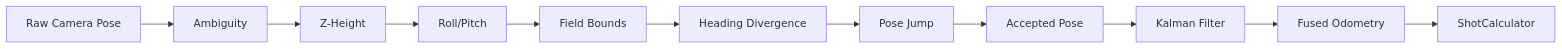
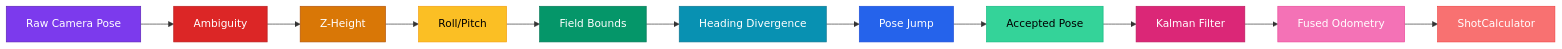
One commit to eeveemara/frc5962-2026-docs changed the diagram in docs/architecture/vision-system.md. Above: the diagram before and after it, drawn with Mermaid. The commit also changed 14 other files, not shown here.

Commit message:
Add explicit colors to all 20 mermaid diagrams for GitBook dark mode

````diff
--- a/docs/architecture/vision-system.md
+++ b/docs/architecture/vision-system.md
@@ -32,13 +32,25 @@
 ```mermaid
 flowchart LR
     RAW[Raw Camera Pose] --> G1[Ambiguity]
     G1 --> G2[Z-Height]
     G2 --> G3[Roll/Pitch]
     G3 --> G4[Field Bounds]
     G4 --> G5[Heading Divergence]
     G5 --> G6[Pose Jump]
     G6 --> ACC[Accepted Pose]
     ACC --> KF[Kalman Filter]
     KF --> ODO[Fused Odometry]
     ODO --> SC[ShotCalculator]
+
+    style RAW fill:#7c3aed,stroke:#5b21b6,color:#fff
+    style G1 fill:#dc2626,stroke:#b91c1c,color:#fff
+    style G2 fill:#d97706,stroke:#b45309,color:#fff
+    style G3 fill:#fbbf24,stroke:#f59e0b,color:#000
+    style G4 fill:#059669,stroke:#047857,color:#fff
+    style G5 fill:#0891b2,stroke:#0e7490,color:#fff
+    style G6 fill:#2563eb,stroke:#1d4ed8,color:#fff
+    style ACC fill:#34d399,stroke:#10b981,color:#000
+    style KF fill:#db2777,stroke:#be185d,color:#fff
+    style ODO fill:#f472b6,stroke:#ec4899,color:#fff
+    style SC fill:#f87171,stroke:#ef4444,color:#fff
 ```
````
